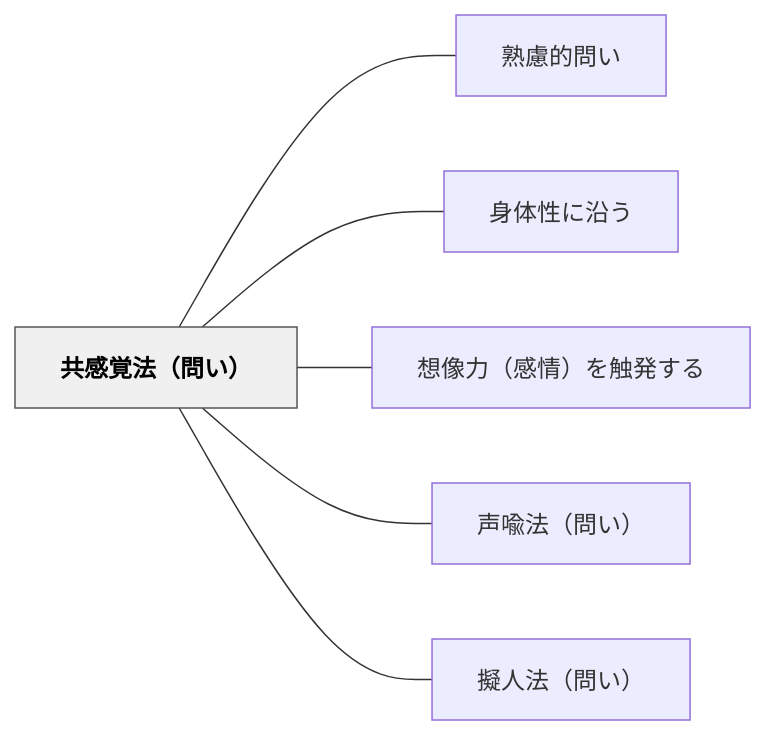
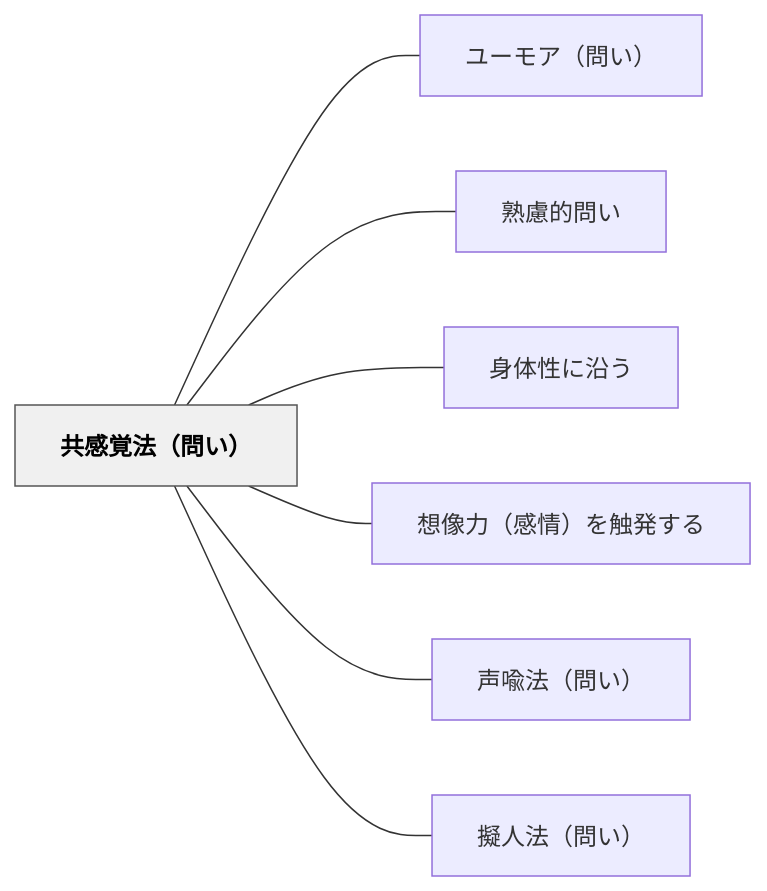
The diagram in content/パタン/共感覚法（問い）.md (unknownthings-ed-patterns/unknownthings-ed-patterns), drawn with Mermaid before and after one commit. The commit also changed other lines of this file and 44 other files, not shown here.

````diff
--- a/content/パタン/共感覚法（問い）.md
+++ b/content/パタン/共感覚法（問い）.md
@@ -42,18 +43,20 @@
 ```mermaid
 flowchart LR
     ne585b1e6849fe8a69ae6b395efbc88e5958fe38184efbc89["共感覚法（問い）"]
+    ne383a6e383bce383a2e382a2efbc88e5958fe38184efbc89["ユーモア（問い）"]
     ne7869fe685aee79a84e5958fe38184["熟慮的問い"]
     ne8baabe4bd93e680a7e381abe6b2bfe38186["身体性に沿う"]
     ne683b3e5838fe58a9befbc88e6849fe68385efbc89e38292e8a7a6e799bae38199e3828b["想像力（感情）を触発する"]
     ne5a3b0e596a9e6b395efbc88e5958fe38184efbc89["声喩法（問い）"]
     ne693ace4babae6b395efbc88e5958fe38184efbc89["擬人法（問い）"]
 
+    ne585b1e6849fe8a69ae6b395efbc88e5958fe38184efbc89 --- ne383a6e383bce383a2e382a2efbc88e5958fe38184efbc89
     ne585b1e6849fe8a69ae6b395efbc88e5958fe38184efbc89 --- ne7869fe685aee79a84e5958fe38184
     ne585b1e6849fe8a69ae6b395efbc88e5958fe38184efbc89 --- ne8baabe4bd93e680a7e381abe6b2bfe38186
     ne585b1e6849fe8a69ae6b395efbc88e5958fe38184efbc89 --- ne683b3e5838fe58a9befbc88e6849fe68385efbc89e38292e8a7a6e799bae38199e3828b
     ne585b1e6849fe8a69ae6b395efbc88e5958fe38184efbc89 --- ne5a3b0e596a9e6b395efbc88e5958fe38184efbc89
     ne585b1e6849fe8a69ae6b395efbc88e5958fe38184efbc89 --- ne693ace4babae6b395efbc88e5958fe38184efbc89
 
     classDef hub fill:#f0f0f0,stroke:#555,color:#000,font-weight:bold
     class ne585b1e6849fe8a69ae6b395efbc88e5958fe38184efbc89 hub
 ```
````
